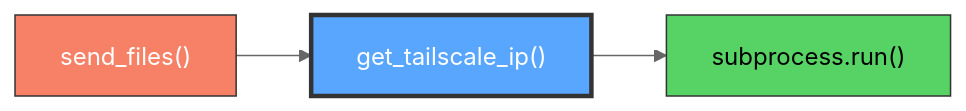
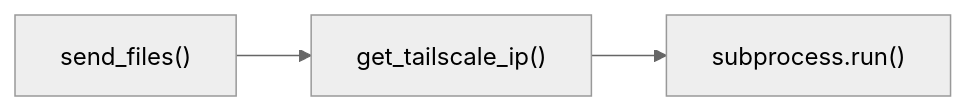
The diagram in docs/get_tailscale_ip.md (proudsunburn/ftransfer), drawn with Mermaid (neutral theme) before and after one commit. The commit also changed 23 other files, not shown here.

Commit message:
MINOR: Remove colors from mermaid for easy light/dark mode switching

````diff
--- a/docs/get_tailscale_ip.md
+++ b/docs/get_tailscale_ip.md
@@ -11,13 +11,9 @@
 ```mermaid
 graph LR
-    send_files["send_files()"]:::red
-    get_tailscale_ip["get_tailscale_ip()"]:::highlight
-    subprocess_run["subprocess.run()"]:::green
+    send_files["send_files()"]
+    get_tailscale_ip["get_tailscale_ip()"]
+    subprocess_run["subprocess.run()"]
 
     send_files --> get_tailscale_ip
     get_tailscale_ip --> subprocess_run
-
-    classDef red fill:#f78166,stroke:#333,color:#fff
-    classDef highlight fill:#58a6ff,stroke:#333,color:#fff,stroke-width:3px
-    classDef green fill:#56d364,stroke:#333,color:#000
 ```
````
